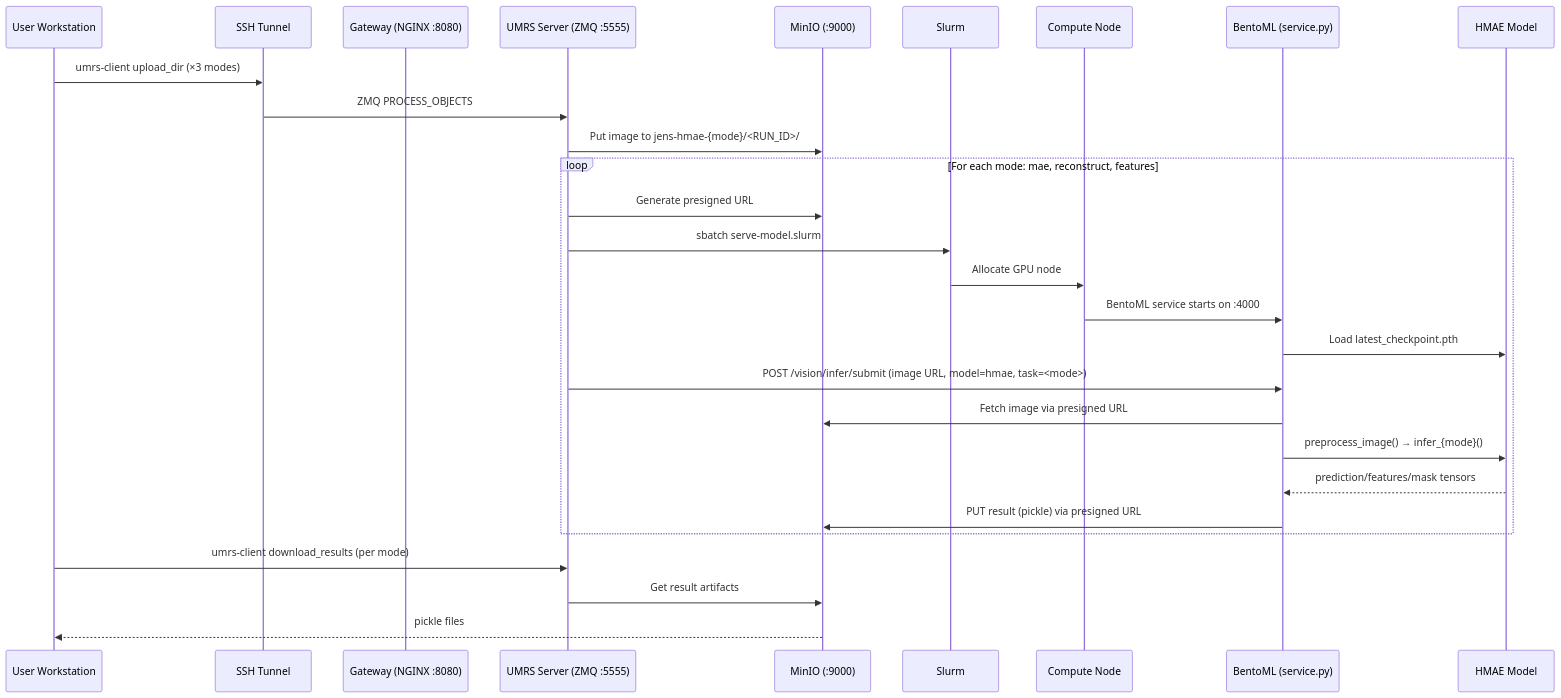
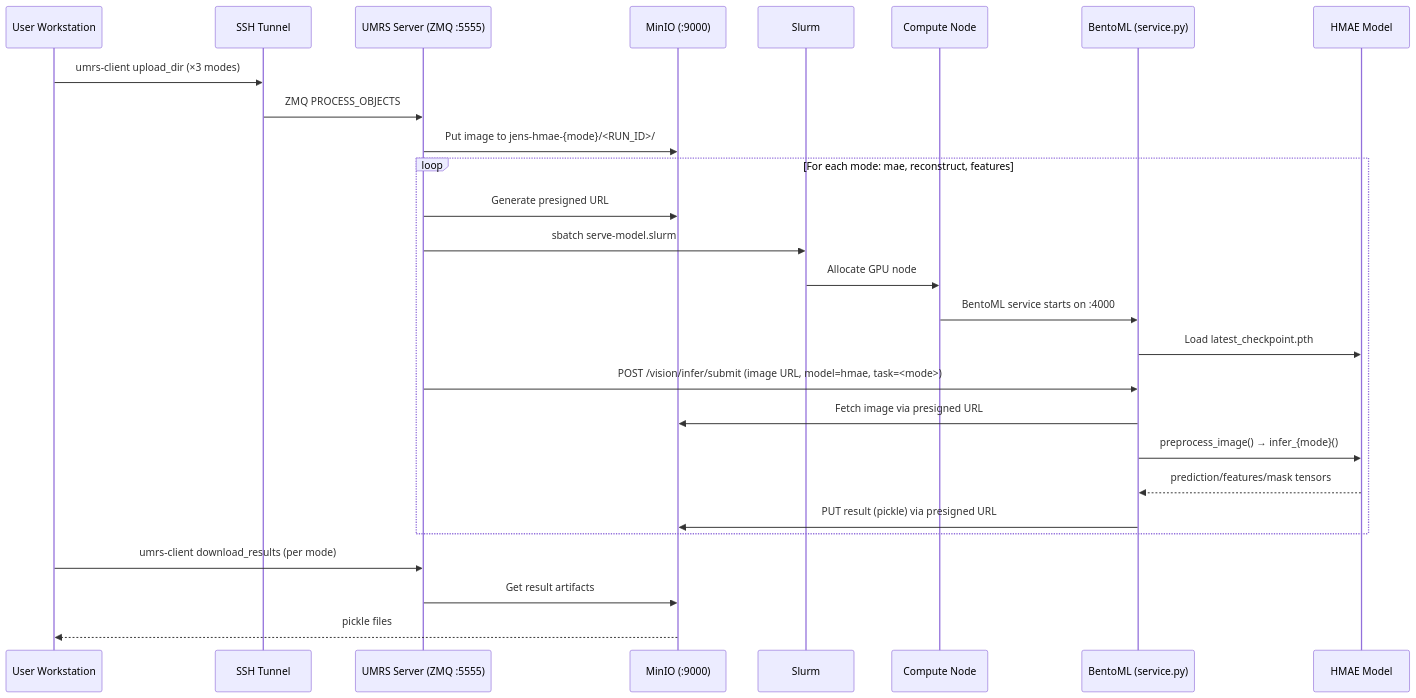
The diagram in demos_jens/12_hmae_direct/TECHNICAL_FLOW.md (UMRS-org/umrs), drawn with Mermaid before and after one commit. The commit also changed 1 other file, not shown here.

Commit message:
docs: remove unused Gateway participant from demos 11/12 sequence diagrams

````diff
--- a/demos_jens/12_hmae_direct/TECHNICAL_FLOW.md
+++ b/demos_jens/12_hmae_direct/TECHNICAL_FLOW.md
@@ -5,33 +5,32 @@
 ```mermaid
 sequenceDiagram
     participant U as User Workstation
     participant T as SSH Tunnel
-    participant GW as Gateway (NGINX :8080)
     participant UMRS as UMRS Server (ZMQ :5555)
     participant S3 as MinIO (:9000)
     participant SL as Slurm
     participant CN as Compute Node
     participant BM as BentoML (service.py)
     participant HMAE as HMAE Model
 
     U->>T: umrs-client upload_dir (×3 modes)
     T->>UMRS: ZMQ PROCESS_OBJECTS
     UMRS->>S3: Put image to jens-hmae-{mode}/<RUN_ID>/
 
     loop For each mode: mae, reconstruct, features
         UMRS->>S3: Generate presigned URL
         UMRS->>SL: sbatch serve-model.slurm
         SL->>CN: Allocate GPU node
         CN->>BM: BentoML service starts on :4000
         BM->>HMAE: Load latest_checkpoint.pth
         UMRS->>BM: POST /vision/infer/submit (image URL, model=hmae, task=<mode>)
         BM->>S3: Fetch image via presigned URL
         BM->>HMAE: preprocess_image() → infer_{mode}()
         HMAE-->>BM: prediction/features/mask tensors
         BM->>S3: PUT result (pickle) via presigned URL
     end
 
     U->>UMRS: umrs-client download_results (per mode)
     UMRS->>S3: Get result artifacts
     S3-->>U: pickle files
 ```
````
